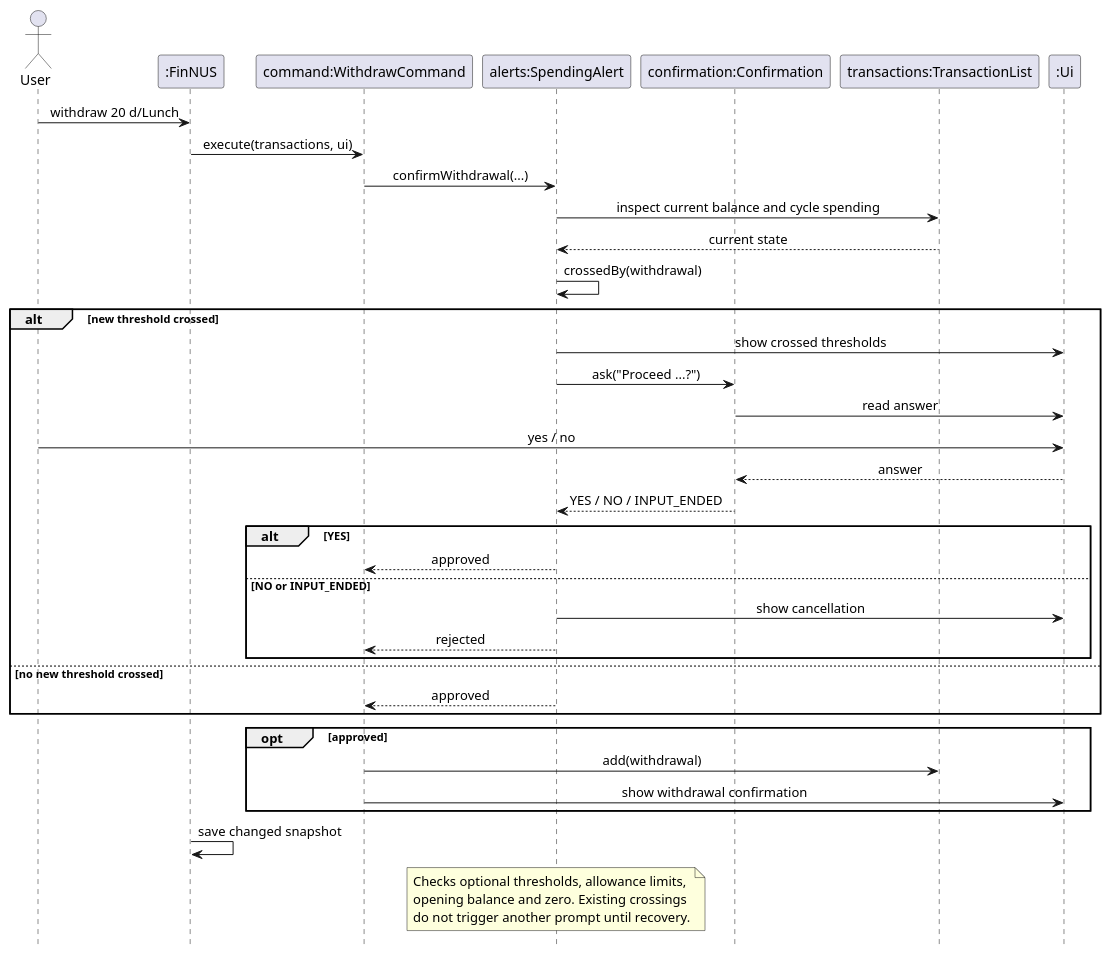
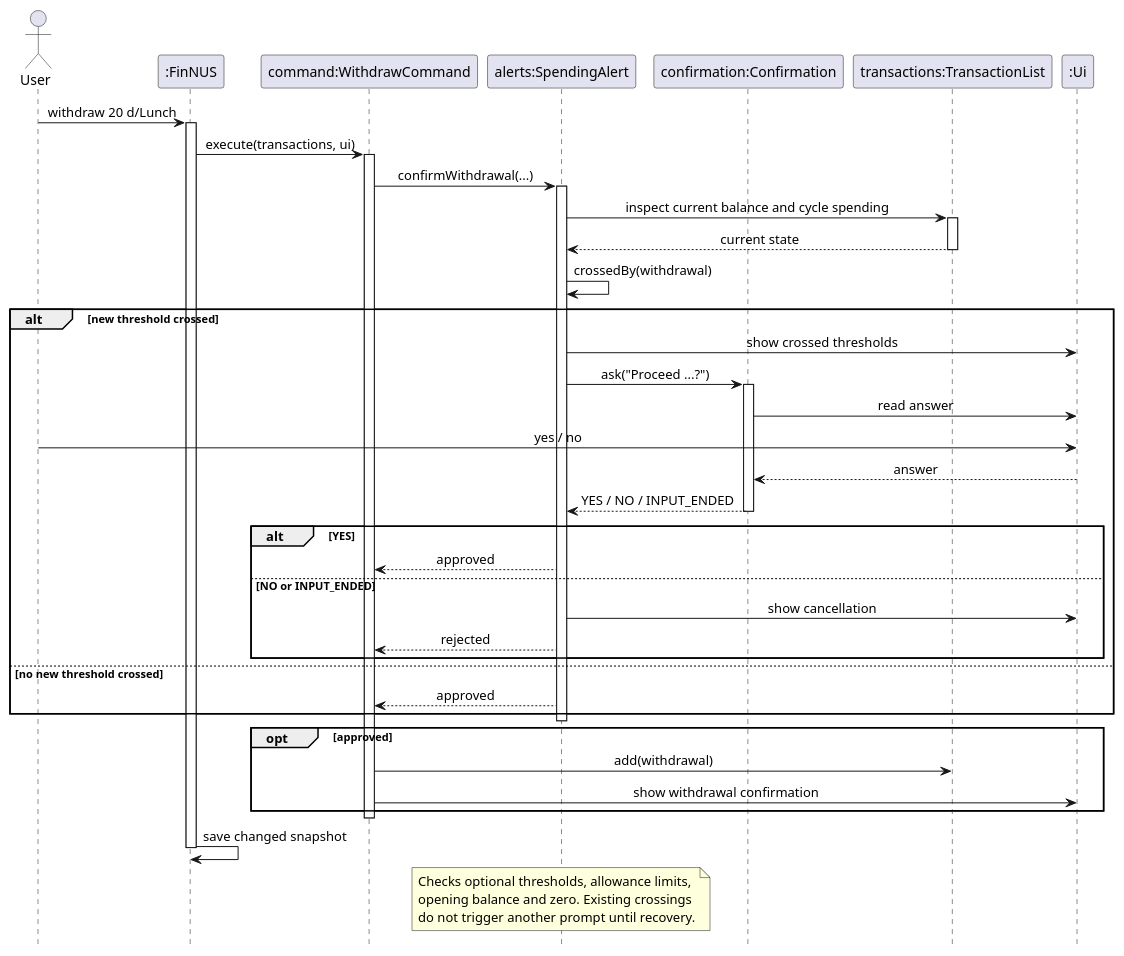
Before and after one commit to AY2627S1-CS2113-W13-2/tp: the diagram in docs/diagrams/SpendingAlertSequenceDiagram.puml, drawn with PlantUML. The commit also changed 3 other files, not shown here.

Commit message:
Update diagrams

```diff
--- a/docs/diagrams/SpendingAlertSequenceDiagram.puml
+++ b/docs/diagrams/SpendingAlertSequenceDiagram.puml
@@ -1,51 +1,61 @@
 @startuml SpendingAlertSequenceDiagram
 ' @@author lololol8484
 ' A proposed withdrawal is confirmed only when it crosses a new threshold.
 hide footbox
 skinparam shadowing false
 skinparam sequenceMessageAlign center
 
 actor User
 participant ":FinNUS" as FinNUS
 participant "command:WithdrawCommand" as Withdraw
 participant "alerts:SpendingAlert" as Alerts
 participant "confirmation:Confirmation" as Confirmation
 participant "transactions:TransactionList" as Ledger
 participant ":Ui" as Ui
 
 User -> FinNUS: withdraw 20 d/Lunch
+activate FinNUS
 FinNUS -> Withdraw: execute(transactions, ui)
+activate Withdraw
 Withdraw -> Alerts: confirmWithdrawal(...)
+activate Alerts
 Alerts -> Ledger: inspect current balance and cycle spending
+activate Ledger
 Ledger --> Alerts: current state
+deactivate Ledger
 Alerts -> Alerts: crossedBy(withdrawal)
 
 alt new threshold crossed
     Alerts -> Ui: show crossed thresholds
     Alerts -> Confirmation: ask("Proceed ...?")
+    activate Confirmation
     Confirmation -> Ui: read answer
     User -> Ui: yes / no
     Ui --> Confirmation: answer
     Confirmation --> Alerts: YES / NO / INPUT_ENDED
+    deactivate Confirmation
     alt YES
         Alerts --> Withdraw: approved
     else NO or INPUT_ENDED
         Alerts -> Ui: show cancellation
         Alerts --> Withdraw: rejected
     end
 else no new threshold crossed
     Alerts --> Withdraw: approved
 end
+deactivate Alerts
 
 opt approved
     Withdraw -> Ledger: add(withdrawal)
     Withdraw -> Ui: show withdrawal confirmation
 end
+deactivate Withdraw
 FinNUS -> FinNUS: save changed snapshot
+deactivate FinNUS
 
 note over Alerts
     Checks optional thresholds, allowance limits,
     opening balance and zero. Existing crossings
     do not trigger another prompt until recovery.
 end note
 @enduml
```
